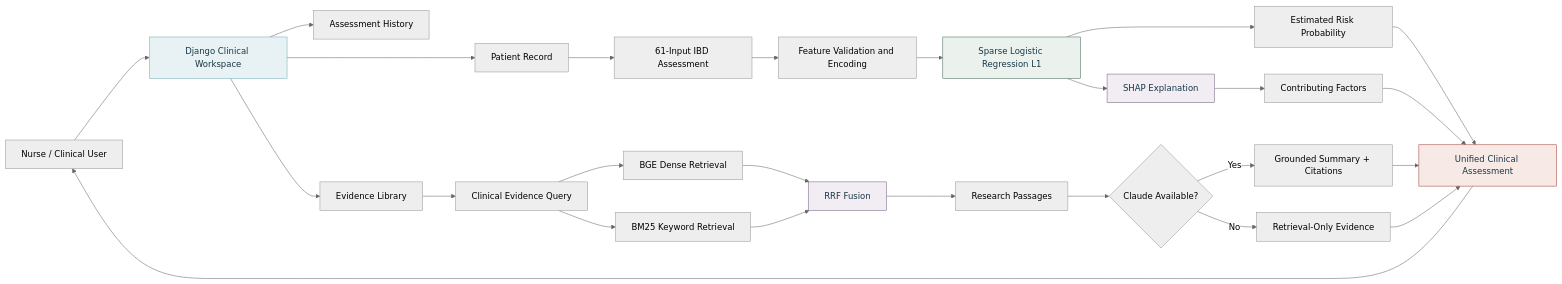
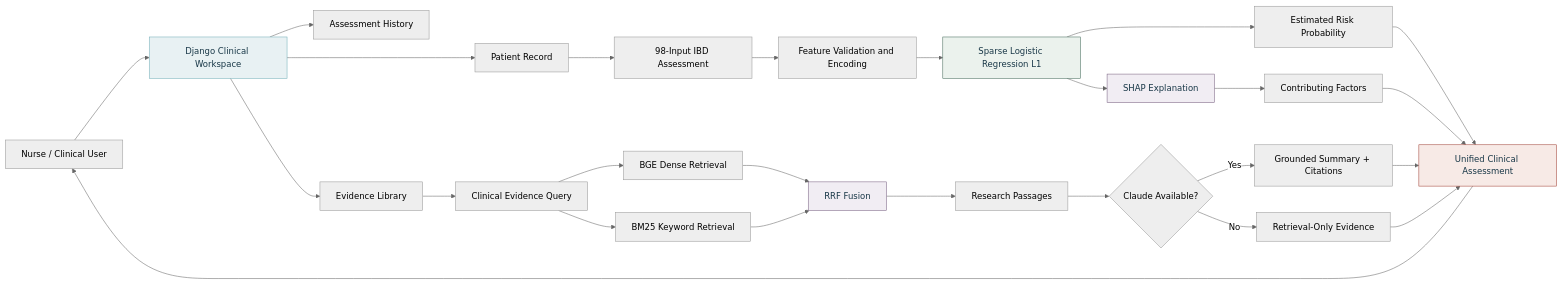
Before and after one commit to Naif1Arfaj/IBD: the first of 3 diagrams in README.md, drawn with Mermaid (neutral theme). The commit also changed other lines of this file and 26 other files, not shown here.

````diff
--- a/README.md
+++ b/README.md
@@ -96,47 +96,47 @@
 ```mermaid
 flowchart LR
 
     A[Nurse / Clinical User] --> B[Django Clinical Workspace]
 
     B --> C[Patient Record]
     B --> D[Assessment History]
     B --> E[Evidence Library]
 
-    C --> F[61-Input IBD Assessment]
+    C --> F[98-Input IBD Assessment]
 
     F --> G[Feature Validation and Encoding]
     G --> H[Sparse Logistic Regression L1]
 
     H --> I[Estimated Risk Probability]
     H --> J[SHAP Explanation]
 
     J --> K[Contributing Factors]
 
     E --> L[Clinical Evidence Query]
 
     L --> M[BGE Dense Retrieval]
     L --> N[BM25 Keyword Retrieval]
 
     M --> O[RRF Fusion]
     N --> O
 
     O --> P[Research Passages]
 
     P --> Q{Claude Available?}
 
     Q -->|Yes| R[Grounded Summary + Citations]
     Q -->|No| S[Retrieval-Only Evidence]
 
     I --> T[Unified Clinical Assessment]
     K --> T
     R --> T
     S --> T
 
     T --> A
 
     style B fill:#E8F1F3,stroke:#72AEB8,color:#183747
     style H fill:#EBF2ED,stroke:#456C5B,color:#183747
     style J fill:#F1EDF3,stroke:#796382,color:#183747
     style O fill:#F1EDF3,stroke:#796382,color:#183747
     style T fill:#F7EAE6,stroke:#A14337,color:#183747
 ```
````
